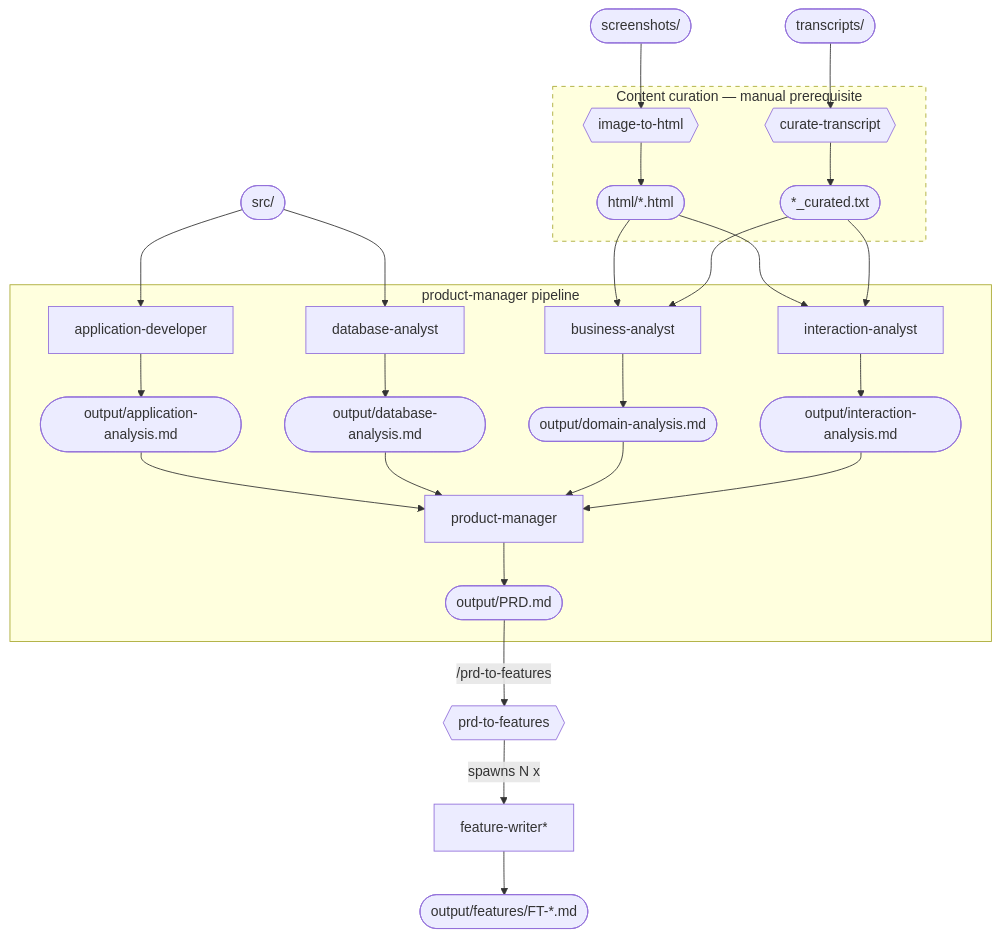
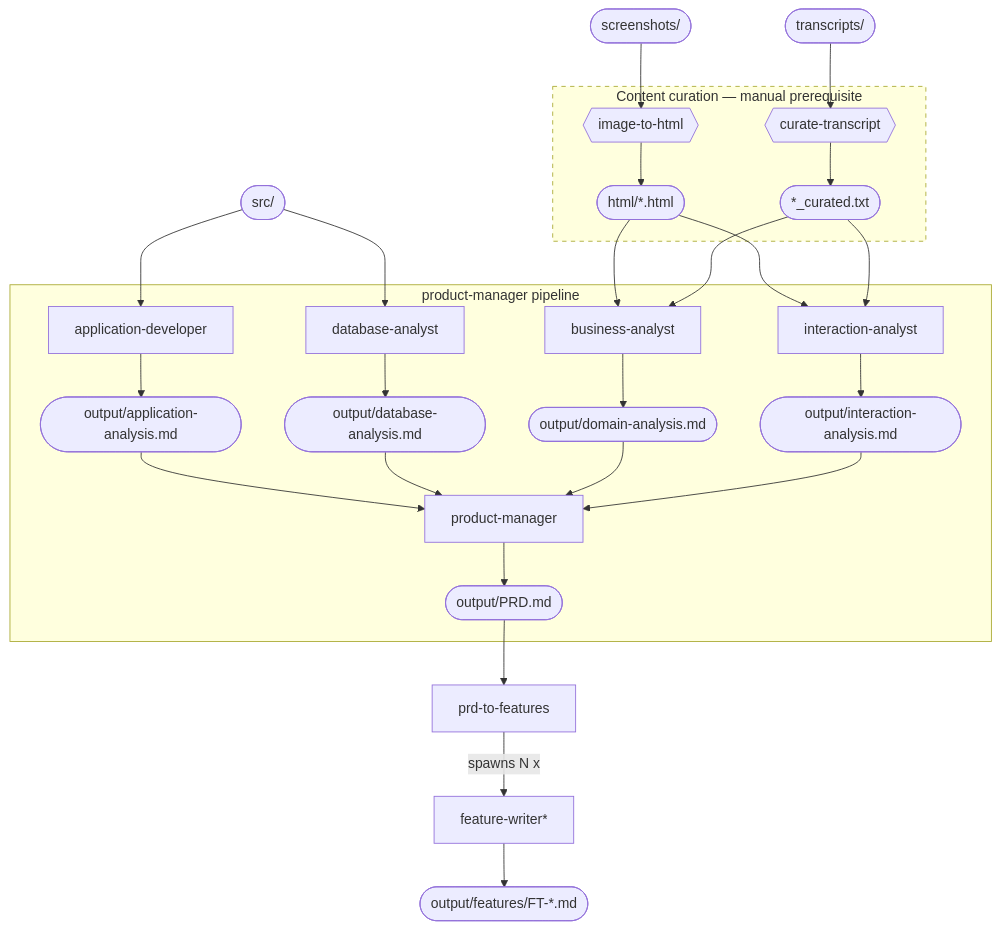
The second of 2 diagrams in README.md (martfo/claude-legacy-reveng-plugin), drawn with Mermaid before and after one commit. The commit also changed other lines of this file and 2 other files, not shown here.

Commit message:
refactor(prd-to-features): migrate from skill to agent

````diff
--- a/README.md
+++ b/README.md
@@ -176,43 +176,43 @@
 ```mermaid
 flowchart TB
     screenshots(["screenshots/"])
     transcripts(["transcripts/"])
     src(["src/"])
 
     subgraph curation ["Content curation — manual prerequisite"]
         i2h{{image-to-html}}
         ct{{curate-transcript}}
         html(["html/*.html"])
         curated(["*_curated.txt"])
 
         i2h --> html
         ct --> curated
     end
     style curation stroke-dasharray: 5 5
 
     screenshots --> i2h
     transcripts --> ct
 
     subgraph pm_pipeline ["product-manager pipeline"]
         appdev[application-developer]
         dbanalyst[database-analyst]
         ba[business-analyst]
         ia[interaction-analyst]
         PM[product-manager]
 
         appdev --> application(["output/application-analysis.md"])
         dbanalyst --> database(["output/database-analysis.md"])
         ba --> domain(["output/domain-analysis.md"])
         ia --> interaction(["output/interaction-analysis.md"])
 
         application & database & domain & interaction --> PM
         PM --> PRD(["output/PRD.md"])
     end
 
-    PRD -->|"/prd-to-features"| p2f_skill{{prd-to-features}}
-    p2f_skill -->|spawns N x| fw[feature-writer*]
+    PRD --> p2f[prd-to-features]
+    p2f -->|spawns N x| fw[feature-writer*]
     fw --> features(["output/features/FT-*.md"])
 
     src --> appdev & dbanalyst
     html & curated --> ba & ia
 ```
````
